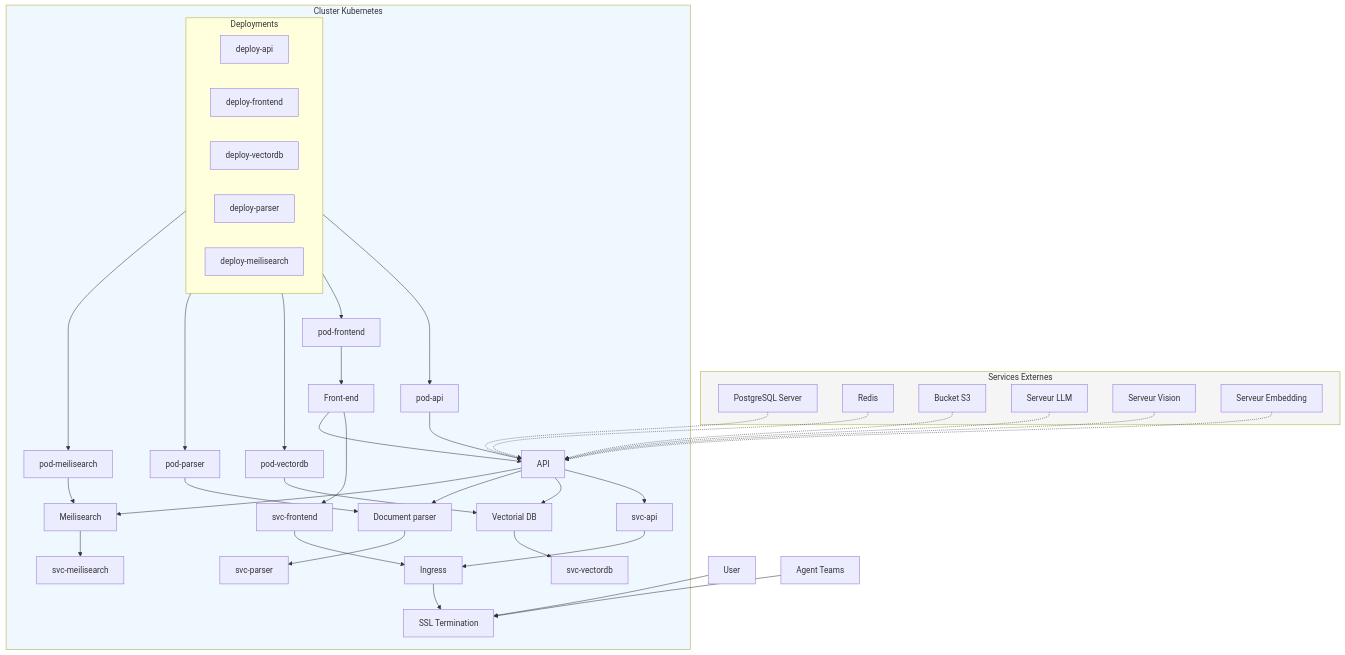
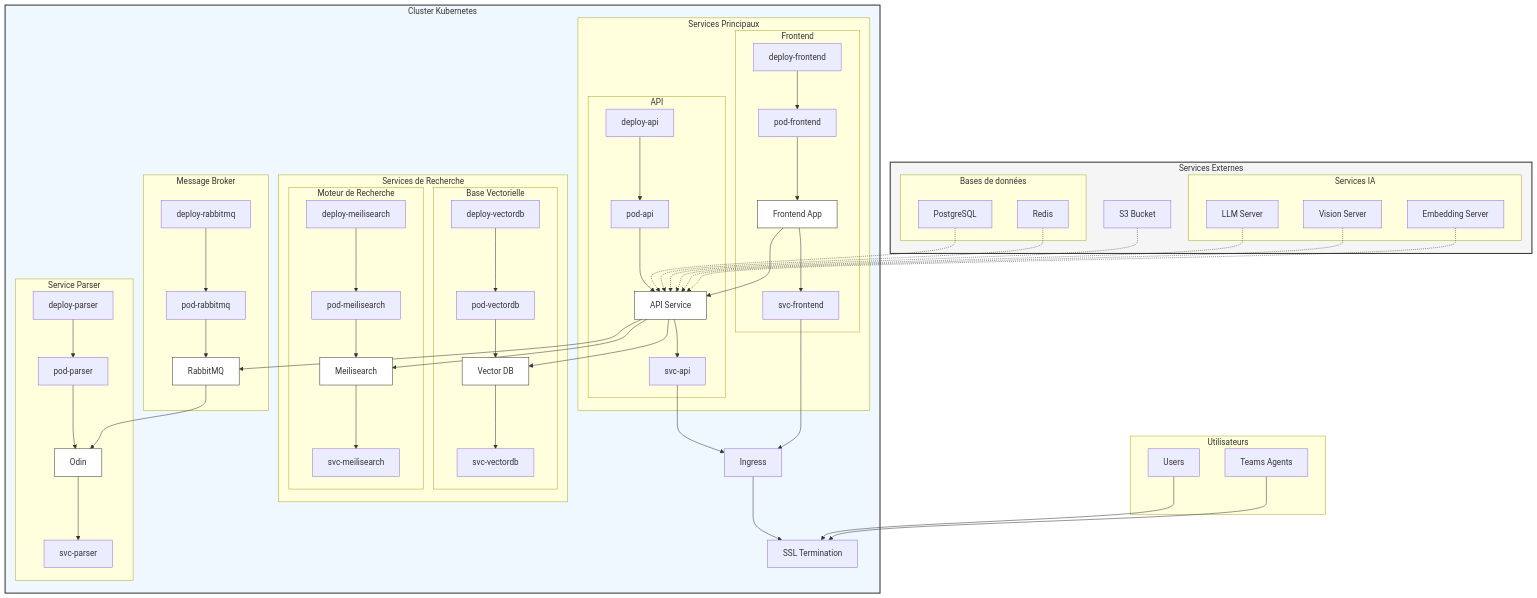
Before and after one commit to Scriptor-Group/documentation: the first of 2 diagrams in on-prem/README.md, drawn with Mermaid. The commit also changed other lines of this file, not shown here.

````diff
--- a/on-prem/README.md
+++ b/on-prem/README.md
@@ -19,90 +19,139 @@
 ```mermaid
 graph TD
-    %% External Services
+    %% Définition des sous-graphes
     subgraph External["Services Externes"]
-        PS[PostgreSQL Server]
-        RD[Redis]
-        S3[Bucket S3]
-        LLM[Serveur LLM]
-        VS[Serveur Vision]
-        ES[Serveur Embedding]
+        subgraph Databases["Bases de données"]
+            PS[PostgreSQL]
+            RD[Redis]
+        end
+        subgraph AI["Services IA"]
+            LLM[LLM Server]
+            VS[Vision Server]
+            ES[Embedding Server]
+        end
+        S3[S3 Bucket]
     end
-    %% Kubernetes Components
+
     subgraph Kubernetes["Cluster Kubernetes"]
-        %% Deployments rangés horizontalement
-        subgraph Deployments
-            direction LR
-            D1[deploy-api]
-            D2[deploy-frontend]
-            D3[deploy-vectordb]
+        subgraph MessageBroker["Message Broker"]
+            RMQD[deploy-rabbitmq]
+            RMQP[pod-rabbitmq]
+            RMQ[RabbitMQ]
+        end
+
+        subgraph Core["Services Principaux"]
+            subgraph FrontendStack["Frontend"]
+                D2[deploy-frontend]
+                P2[pod-frontend]
+                FE[Frontend App]
+                SVC2[svc-frontend]
+            end
+
+            subgraph APIStack["API"]
+                D1[deploy-api]
+                P1[pod-api]
+                API[API Service]
+                SVC1[svc-api]
+            end
+        end
+
+        subgraph Search["Services de Recherche"]
+            subgraph VectorDB["Base Vectorielle"]
+                D3[deploy-vectordb]
+                P3[pod-vectordb]
+                VDB[Vector DB]
+                SVC3[svc-vectordb]
+            end
+
+            subgraph SearchEngine["Moteur de Recherche"]
+                D5[deploy-meilisearch]
+                P5[pod-meilisearch]
+                MS[Meilisearch]
+                SVC5[svc-meilisearch]
+            end
+        end
+
+        subgraph Parser["Service Parser"]
             D4[deploy-parser]
-            D5[deploy-meilisearch]
+            P4[pod-parser]
+            DP[Odin]
+            SVC4[svc-parser]
         end
-        %% Pods alignés avec leurs deployments
-        P1[pod-api]
-        P2[pod-frontend]
-        P3[pod-vectordb]
-        P4[pod-parser]
-        P5[pod-meilisearch]
-        %% Applications
-        API[API]
-        FE[Front-end]
-        VDB[Vectorial DB]
-        DP[Document parser]
-        MS[Meilisearch]
-        %% Services
-        SVC1[svc-api]
-        SVC2[svc-frontend]
-        SVC3[svc-vectordb]
-        SVC4[svc-parser]
-        SVC5[svc-meilisearch]
-        %% Ingress et SSL
+
         ING[Ingress]
         SSL[SSL Termination]
     end
-    %% Users à droite
-    U[User]
-    AT[Agent Teams]
-    %% Connexions verticales pour deployments et pods
+
+    %% Users
+    subgraph Users["Utilisateurs"]
+        U[Users]
+        AT[Teams Agents]
+    end
+
+    %% Connexions dans MessageBroker
+    RMQD --> RMQP
+    RMQP --> RMQ
+
+    %% Connexions Frontend
+    D2 --> P2
+    P2 --> FE
+    FE --> SVC2
+
+    %% Connexions API
     D1 --> P1
-    D2 --> P2
+    P1 --> API
+    API --> SVC1
+
+    %% Connexions VectorDB
     D3 --> P3
+    P3 --> VDB
+    VDB --> SVC3
+
+    %% Connexions Meilisearch
+    D5 --> P5
+    P5 --> MS
+    MS --> SVC5
+
+    %% Connexions Parser
     D4 --> P4
-    D5 --> P5
-    %% Connexions pods vers applications
-    P1 --> API
-    P2 --> FE
-    P3 --> VDB
     P4 --> DP
-    P5 --> MS
-    %% Connexions applications vers services
-    API --> SVC1
-    FE --> SVC2
-    VDB --> SVC3
     DP --> SVC4
-    MS --> SVC5
-    %% Connexions vers Ingress
-    SVC1 --> ING
-    SVC2 --> ING
-    ING --> SSL
-    %% Connexions externes vers API
+
+    %% Connexions Message Queue
+    API --> RMQ
+    RMQ --> DP
+
+    %% Connexions vers External Services
     PS -.-> API
     RD -.-> API
     S3 -.-> API
     LLM -.-> API
     VS -.-> API
     ES -.-> API
+
     %% Connexions inter-services
     API --> VDB
-    API --> DP
     API --> MS
     FE --> API
+
+    %% Connexions Ingress
+    SVC1 --> ING
+    SVC2 --> ING
+    ING --> SSL
+
     %% Connexions utilisateurs
     U --> SSL
     AT --> SSL
+
     %% Styles
-    style External fill:#f5f5f5
-    style Kubernetes fill:#f0f8ff
-    %% Direction générale du graphe
+    classDef external fill:#f5f5f5,stroke:#333,stroke-width:2px
+    classDef kubernetes fill:#f0f8ff,stroke:#333,stroke-width:2px
+    classDef service fill:#fff,stroke:#333,stroke-width:1px
+    
+    class External external
+    class Kubernetes kubernetes
+    class API,FE,VDB,MS,DP,RMQ service
+
+    %% Direction générale
     direction TB
 ```
````
